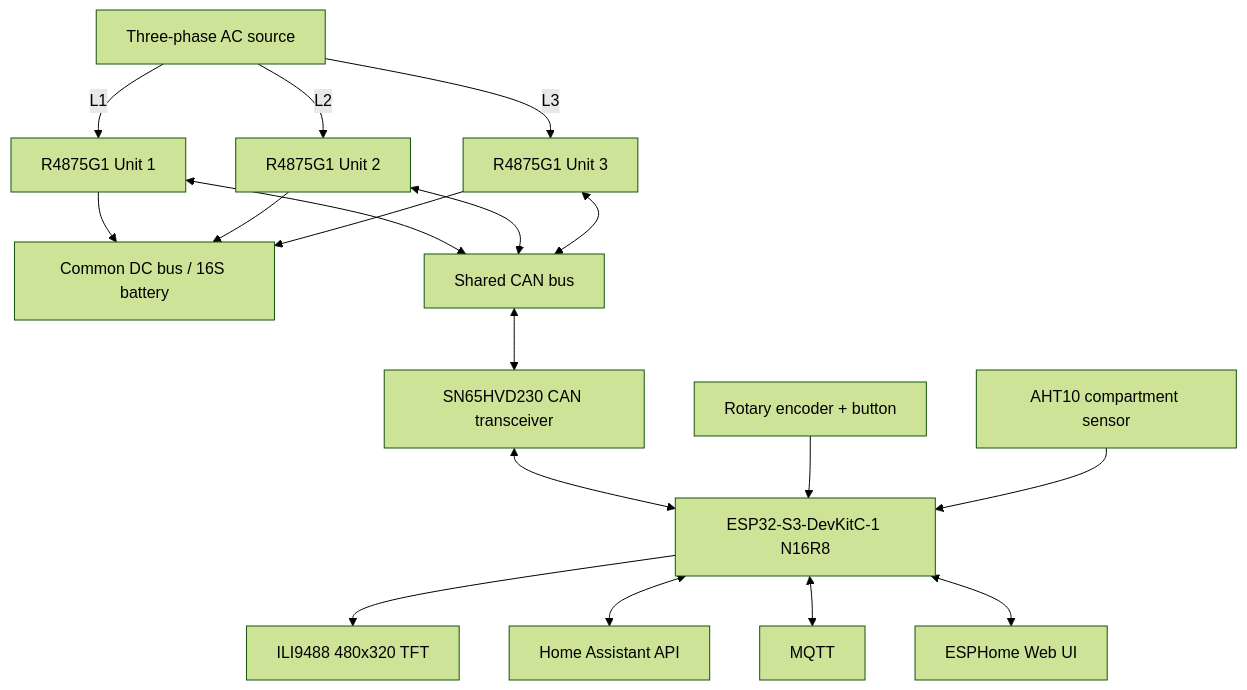
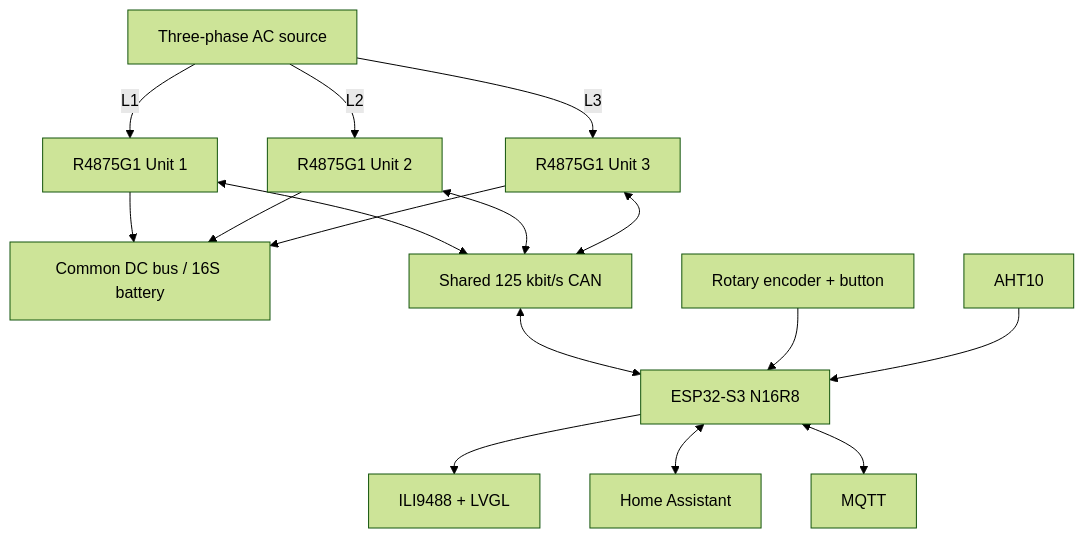
Before and after one commit to anwa/esphome-r4875g1-3phase-charger: the diagram in README.md, drawn with Mermaid (forest theme). The commit also changed other lines of this file, not shown here.

````diff
--- a/README.md
+++ b/README.md
@@ -44,24 +20,18 @@
 ```mermaid
 flowchart TD
     AC[Three-phase AC source] -->|L1| U1[R4875G1 Unit 1]
     AC -->|L2| U2[R4875G1 Unit 2]
     AC -->|L3| U3[R4875G1 Unit 3]
-
     U1 --> DCBUS[Common DC bus / 16S battery]
     U2 --> DCBUS
     U3 --> DCBUS
-
-    U1 <--> CAN[Shared CAN bus]
+    U1 <--> CAN[Shared 125 kbit/s CAN]
     U2 <--> CAN
     U3 <--> CAN
-    CAN <--> PHY[SN65HVD230 CAN transceiver]
-    PHY <--> ESP[ESP32-S3-DevKitC-1 N16R8]
-
-    ESP --> TFT[ILI9488 480x320 TFT]
+    CAN <--> ESP[ESP32-S3 N16R8]
     ENC[Rotary encoder + button] --> ESP
-    AHT[AHT10 compartment sensor] --> ESP
-
-    ESP <--> HA[Home Assistant API]
+    AHT[AHT10] --> ESP
+    ESP --> TFT[ILI9488 + LVGL]
+    ESP <--> HA[Home Assistant]
     ESP <--> MQTT[MQTT]
-    ESP <--> WEB[ESPHome Web UI]
 ```
````
